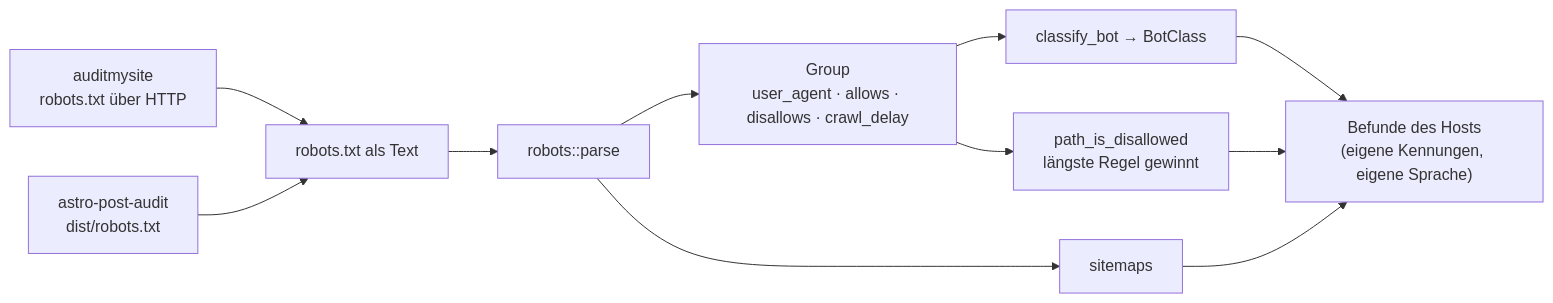
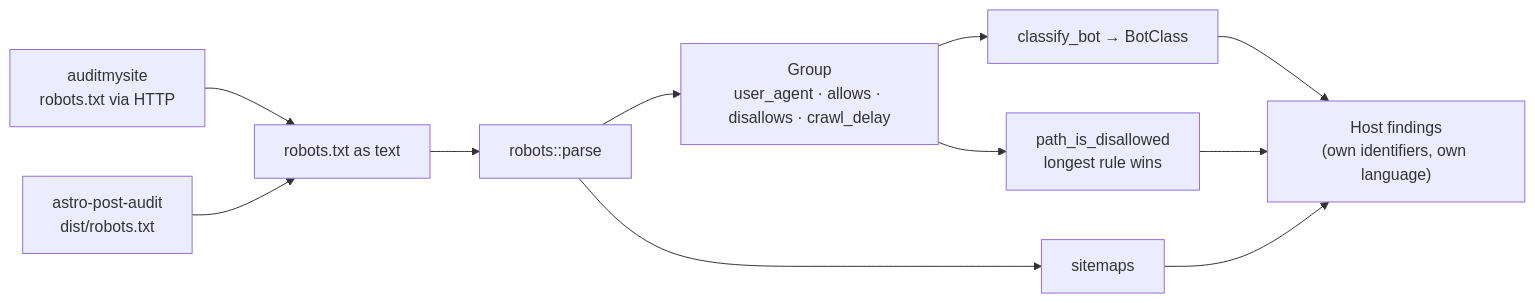
Before and after one commit to casoon/barrierlab: the diagram in docs/packages/web-checks.md, drawn with Mermaid. The commit also changed other lines of this file and 25 other files, not shown here.

````diff
--- a/docs/packages/web-checks.md
+++ b/docs/packages/web-checks.md
@@ -31,11 +30,11 @@
 ```mermaid
 flowchart LR
-  a["auditmysite\nrobots.txt über HTTP"] --> txt["robots.txt als Text"]
+  a["auditmysite\nrobots.txt via HTTP"] --> txt["robots.txt as text"]
   b["astro-post-audit\ndist/robots.txt"] --> txt
   txt --> parse["robots::parse"]
   parse --> groups["Group\nuser_agent · allows · disallows · crawl_delay"]
   parse --> sm["sitemaps"]
   groups --> cls["classify_bot → BotClass"]
-  groups --> pd["path_is_disallowed\nlängste Regel gewinnt"]
-  cls & pd & sm --> host["Befunde des Hosts\n(eigene Kennungen, eigene Sprache)"]
+  groups --> pd["path_is_disallowed\nlongest rule wins"]
+  cls & pd & sm --> host["Host findings\n(own identifiers, own language)"]
 ```
````
